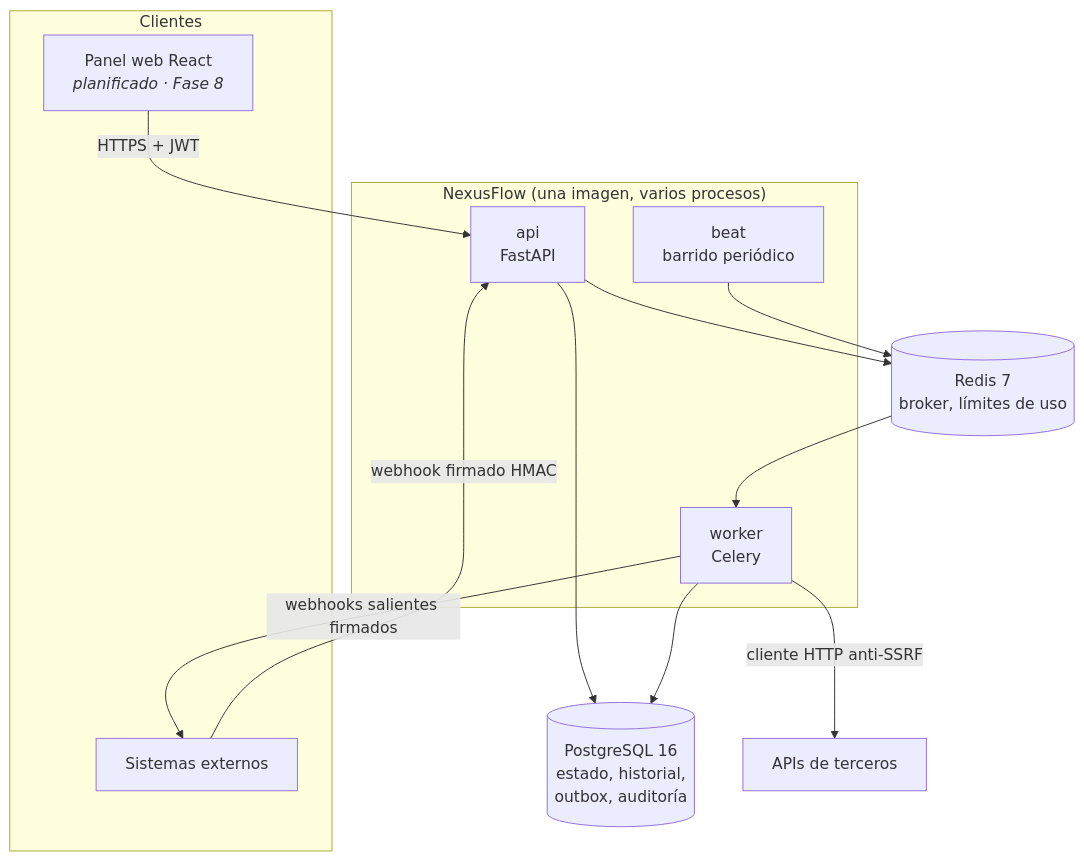
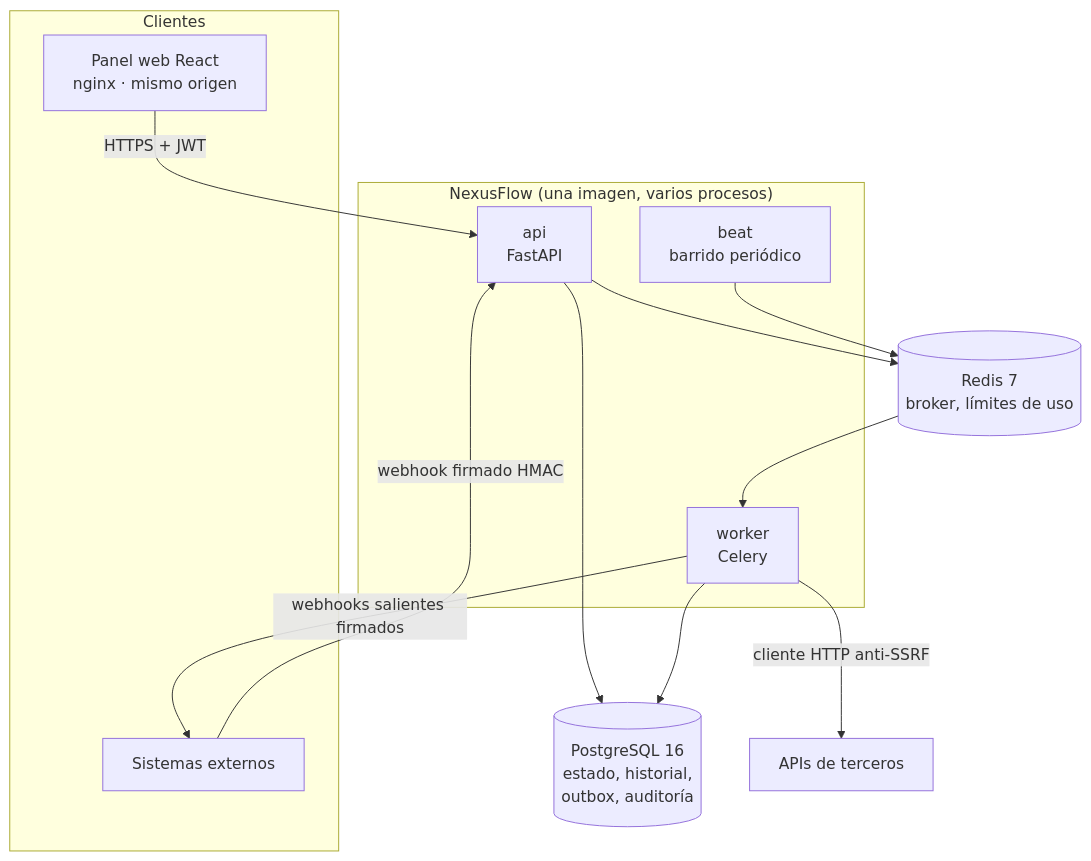
Before and after one commit to JuanSGarciaC/nexusflow: the first of 3 diagrams in docs/architecture.md, drawn with Mermaid. The commit also changed other lines of this file and 58 other files, not shown here.

First line of the commit message:
feat(frontend): panel web React + TypeScript + Mantine (Fase 8)

````diff
--- a/docs/architecture.md
+++ b/docs/architecture.md
@@ -14,27 +14,27 @@
 ```mermaid
 flowchart TB
     subgraph Clientes
-        ui[Panel web React<br/><i>planificado · Fase 8</i>]
+        ui[Panel web React<br/>nginx · mismo origen]
         ext[Sistemas externos]
     end
 
     subgraph NexusFlow["NexusFlow (una imagen, varios procesos)"]
         api[api<br/>FastAPI]
         worker[worker<br/>Celery]
         beat[beat<br/>barrido periódico]
     end
 
     pg[(PostgreSQL 16<br/>estado, historial,<br/>outbox, auditoría)]
     redis[(Redis 7<br/>broker, límites de uso)]
     partners[APIs de terceros]
 
     ui -->|HTTPS + JWT| api
     ext -->|webhook firmado HMAC| api
     api --> pg
     api --> redis
     redis --> worker
     worker --> pg
     worker -->|cliente HTTP anti-SSRF| partners
     worker -->|webhooks salientes firmados| ext
     beat --> redis
 ```
````
